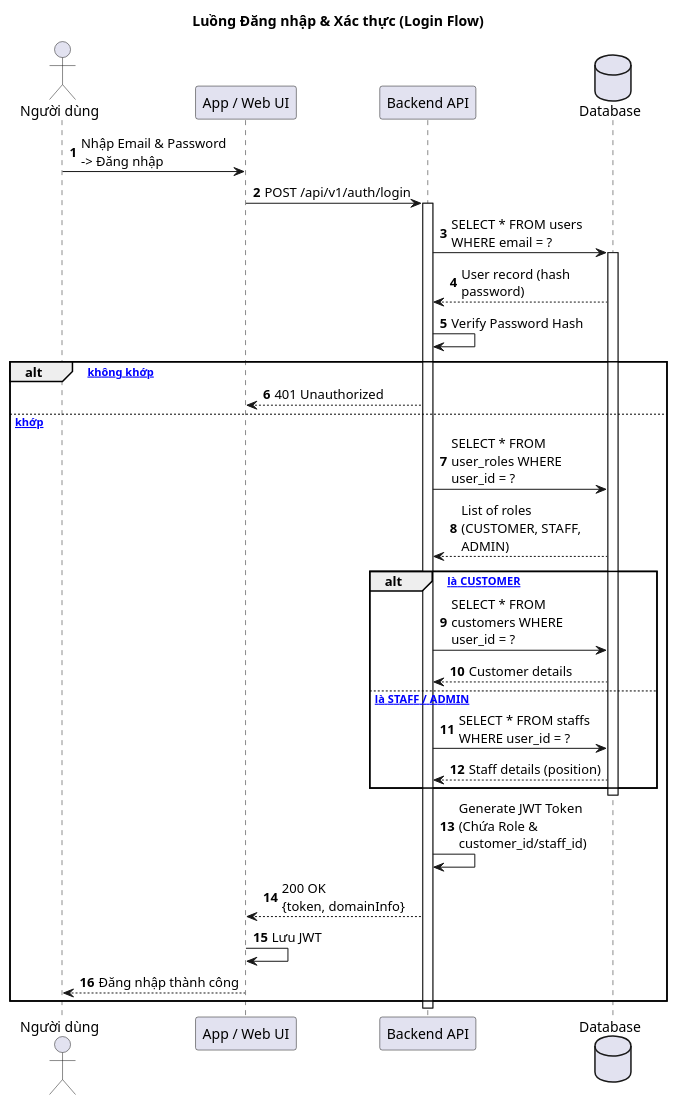
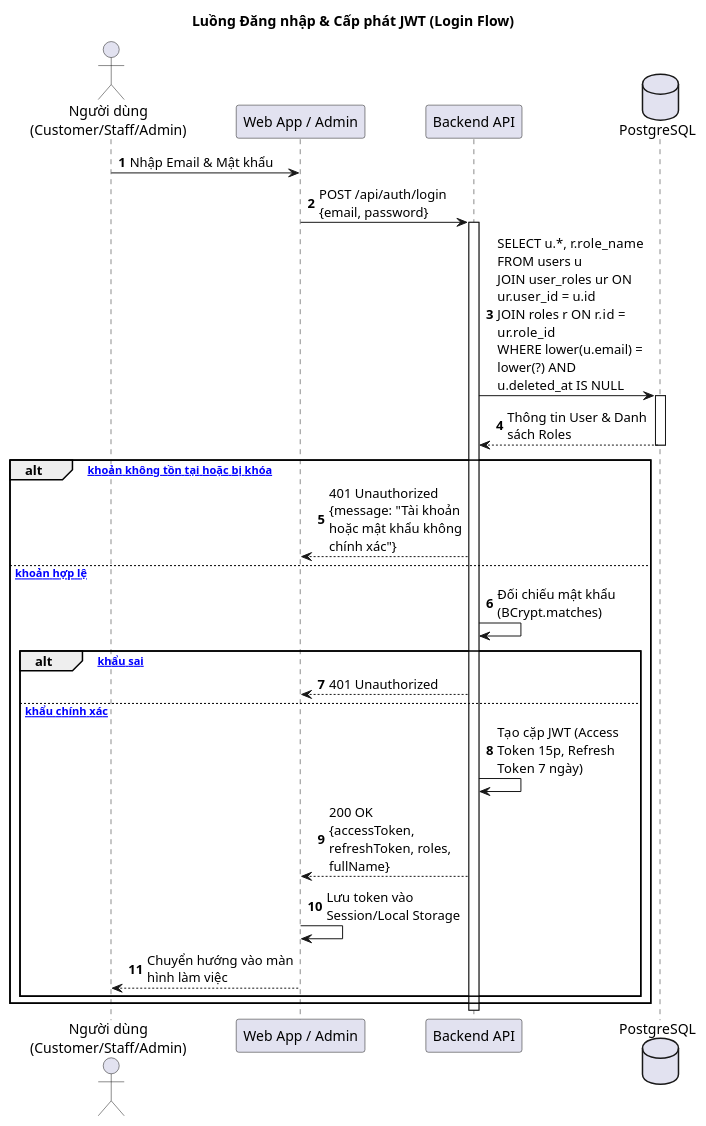
The second of 5 diagrams in docs/sequence.md (hung-it/Badminton_Court_Management), drawn with PlantUML before and after one commit. The commit also changed other lines of this file and 62 other files, not shown here.

````diff
--- a/docs/sequence.md
+++ b/docs/sequence.md
@@ -62,44 +56,36 @@
 ```plantuml
 @startuml
-title Luồng Đăng nhập & Xác thực (Login Flow)
+title Luồng Đăng nhập & Cấp phát JWT (Login Flow)
 autonumber
 skinparam maxMessageSize 150
 
-actor "Người dùng" as User
-participant "App / Web UI" as UI
+actor "Người dùng\n(Customer/Staff/Admin)" as User
+participant "Web App / Admin" as UI
 participant "Backend API" as API
-database "Database" as DB
+database "PostgreSQL" as DB
 
-User -> UI : Nhập Email & Password -> Đăng nhập
-UI -> API : POST /api/v1/auth/login
+User -> UI : Nhập Email & Mật khẩu
+UI -> API : POST /api/auth/login\n{email, password}
 activate API
 
-API -> DB : SELECT * FROM users WHERE email = ?
+API -> DB : SELECT u.*, r.role_name FROM users u \nJOIN user_roles ur ON ur.user_id = u.id \nJOIN roles r ON r.id = ur.role_id \nWHERE lower(u.email) = lower(?) AND u.deleted_at IS NULL
 activate DB
-DB --> API : User record (hash password)
+DB --> API : Thông tin User & Danh sách Roles
+deactivate DB
 
-API -> API : Verify Password Hash
-
-alt [Password không khớp]
-    API --> UI : 401 Unauthorized
-else [Password khớp]
-    API -> DB : SELECT * FROM user_roles WHERE user_id = ?
-    DB --> API : List of roles (CUSTOMER, STAFF, ADMIN)
-    
-    alt [Role là CUSTOMER]
-        API -> DB : SELECT * FROM customers WHERE user_id = ?
-        DB --> API : Customer details
-    else [Role là STAFF / ADMIN]
-        API -> DB : SELECT * FROM staffs WHERE user_id = ?
-        DB --> API : Staff details (position)
+alt [Tài khoản không tồn tại hoặc bị khóa]
+    API --> UI : 401 Unauthorized\n{message: "Tài khoản hoặc mật khẩu không chính xác"}
+else [Tài khoản hợp lệ]
+    API -> API : Đối chiếu mật khẩu (BCrypt.matches)
+    alt [Mật khẩu sai]
+        API --> UI : 401 Unauthorized
+    else [Mật khẩu chính xác]
+        API -> API : Tạo cặp JWT (Access Token 15p, Refresh Token 7 ngày)
+        API --> UI : 200 OK\n{accessToken, refreshToken, roles, fullName}
+        UI -> UI : Lưu token vào Session/Local Storage
+        UI --> User : Chuyển hướng vào màn hình làm việc
     end
-    deactivate DB
-    
-    API -> API : Generate JWT Token (Chứa Role & customer_id/staff_id)
-    API --> UI : 200 OK\n{token, domainInfo}
-    UI -> UI : Lưu JWT
-    UI --> User : Đăng nhập thành công
 end
 deactivate API
 @enduml
 ```
````
